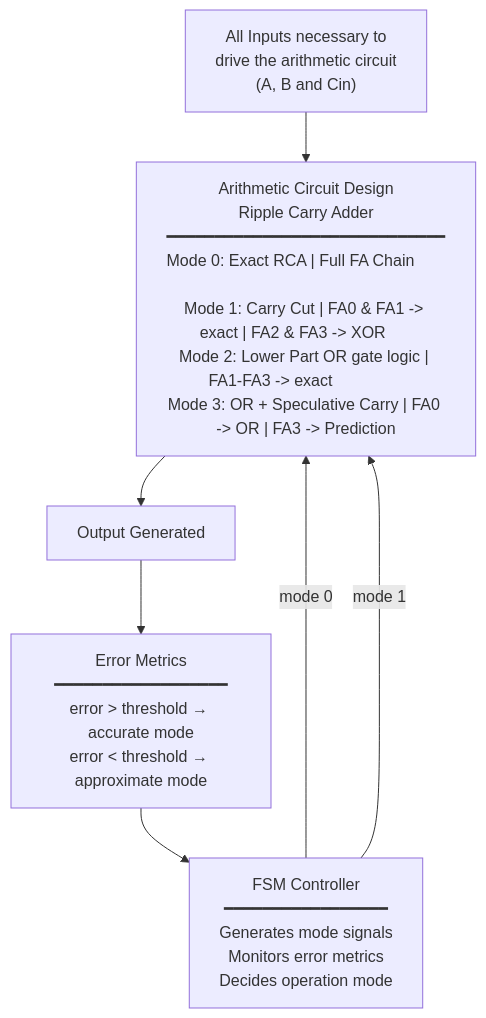
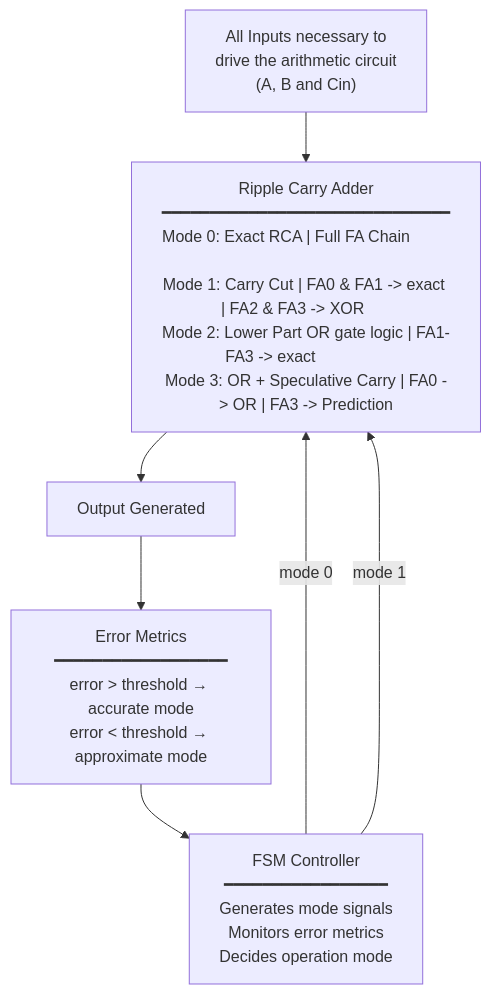
The diagram in README.md (shinobi-14/Approximate-Arithmetic-Computing), drawn with Mermaid before and after one commit.

````diff
--- a/README.md
+++ b/README.md
@@ -10,19 +10,19 @@
 ```mermaid
 flowchart TD
     Input["All Inputs necessary to <br/>drive the arithmetic circuit<br/>(A, B and Cin)"]
     
-    RCA["Arithmetic Circuit Design<br/>Ripple Carry Adder<br/>━━━━━━━━━━━━━━━━━━━━━━━━━━━━━<br/>Mode 0: Exact RCA | Full FA Chain                                           <br/>Mode 1: Carry Cut | FA0 & FA1 -> exact | FA2 & FA3 -> XOR      <br/>Mode 2: Lower Part OR gate logic | FA1-FA3 -> exact                <br/>Mode 3: OR + Speculative Carry | FA0 -> OR | FA3 -> Prediction"]
+    RCA["Ripple Carry Adder<br/>━━━━━━━━━━━━━━━━━━━━━━━━━━━━━━<br/>Mode 0: Exact RCA | Full FA Chain                                           <br/>Mode 1: Carry Cut | FA0 & FA1 -> exact | FA2 & FA3 -> XOR      <br/>Mode 2: Lower Part OR gate logic | FA1-FA3 -> exact                <br/>Mode 3: OR + Speculative Carry | FA0 -> OR | FA3 -> Prediction"]
     
     Output["Output Generated"]
     
     Error["Error Metrics<br/>━━━━━━━━━━━━━━━━━━<br/>error > threshold → accurate mode<br/>error < threshold → approximate mode"]
     
     FSM["FSM Controller<br/>━━━━━━━━━━━━━━━━━<br/>Generates mode signals<br/>Monitors error metrics<br/>Decides operation mode"]
     
     Input --> RCA
     FSM -->|mode 0| RCA
     FSM -->|mode 1| RCA
     RCA --> Output
     Output --> Error
     Error --> FSM
 ```
````
